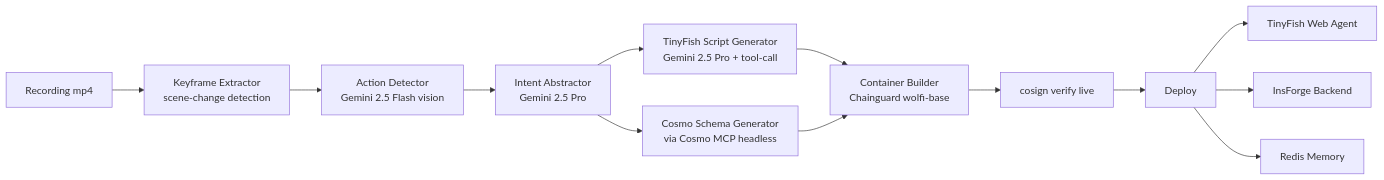
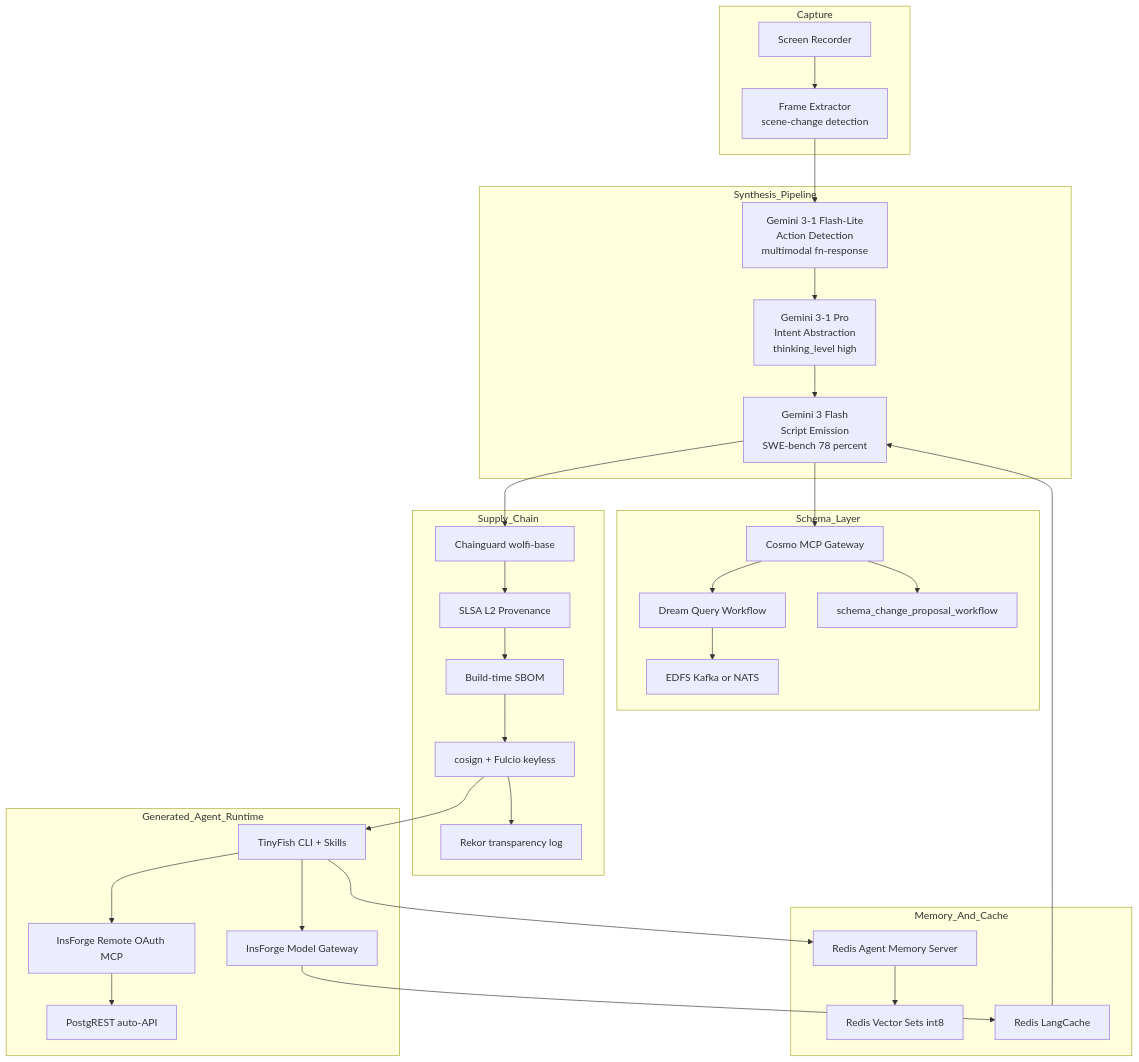
The first of 9 diagrams in architecture.md (nihalnihalani/understudy), drawn with Mermaid before and after one commit. The commit also changed other lines of this file and 1 other file, not shown here.

````diff
--- a/architecture.md
+++ b/architecture.md
@@ -46,15 +52,55 @@
 ```mermaid
-flowchart LR
-    R[Recording mp4] --> KF[Keyframe Extractor<br/>scene-change detection]
-    KF --> AD[Action Detector<br/>Gemini 2.5 Flash vision]
-    AD --> IA[Intent Abstractor<br/>Gemini 2.5 Pro]
-    IA --> TSG[TinyFish Script Generator<br/>Gemini 2.5 Pro + tool-call]
-    IA --> CSG[Cosmo Schema Generator<br/>via Cosmo MCP headless]
-    TSG --> CB[Container Builder<br/>Chainguard wolfi-base]
-    CSG --> CB
-    CB --> VERIFY[cosign verify live]
-    VERIFY --> DEP[Deploy]
-    DEP --> TF[TinyFish Web Agent]
-    DEP --> IF[InsForge Backend]
-    DEP --> RD[Redis Memory]
+flowchart TB
+    subgraph Capture
+        REC[Screen Recorder]
+        FRM[Frame Extractor<br/>scene-change detection]
+    end
+
+    subgraph Synthesis_Pipeline
+        G_LITE[Gemini 3-1 Flash-Lite<br/>Action Detection<br/>multimodal fn-response]
+        G_PRO[Gemini 3-1 Pro<br/>Intent Abstraction<br/>thinking_level high]
+        G_FLASH[Gemini 3 Flash<br/>Script Emission<br/>SWE-bench 78 percent]
+    end
+
+    subgraph Schema_Layer
+        COSMO_MCP[Cosmo MCP Gateway]
+        DREAM[Dream Query Workflow]
+        EDFS[EDFS Kafka or NATS]
+        PROPOSE[schema_change_proposal_workflow]
+    end
+
+    subgraph Supply_Chain
+        CG_BASE[Chainguard wolfi-base]
+        SLSA[SLSA L2 Provenance]
+        SBOM[Build-time SBOM]
+        COSIGN[cosign + Fulcio keyless]
+        REKOR[Rekor transparency log]
+    end
+
+    subgraph Generated_Agent_Runtime
+        TF_CLI[TinyFish CLI + Skills]
+        INS_MCP[InsForge Remote OAuth MCP]
+        PGREST[PostgREST auto-API]
+        MODEL_GW[InsForge Model Gateway]
+    end
+
+    subgraph Memory_And_Cache
+        AMS[Redis Agent Memory Server]
+        VSET[Redis Vector Sets int8]
+        LCACHE[Redis LangCache]
+    end
+
+    REC --> FRM --> G_LITE --> G_PRO --> G_FLASH
+    G_FLASH --> COSMO_MCP
+    COSMO_MCP --> DREAM
+    COSMO_MCP --> PROPOSE
+    DREAM --> EDFS
+    G_FLASH --> CG_BASE --> SLSA --> SBOM --> COSIGN --> REKOR
+    COSIGN --> TF_CLI
+    TF_CLI --> INS_MCP --> PGREST
+    TF_CLI --> MODEL_GW
+    TF_CLI --> AMS
+    AMS --> VSET
+    MODEL_GW --> LCACHE
+    LCACHE --> G_FLASH
 ```
````
